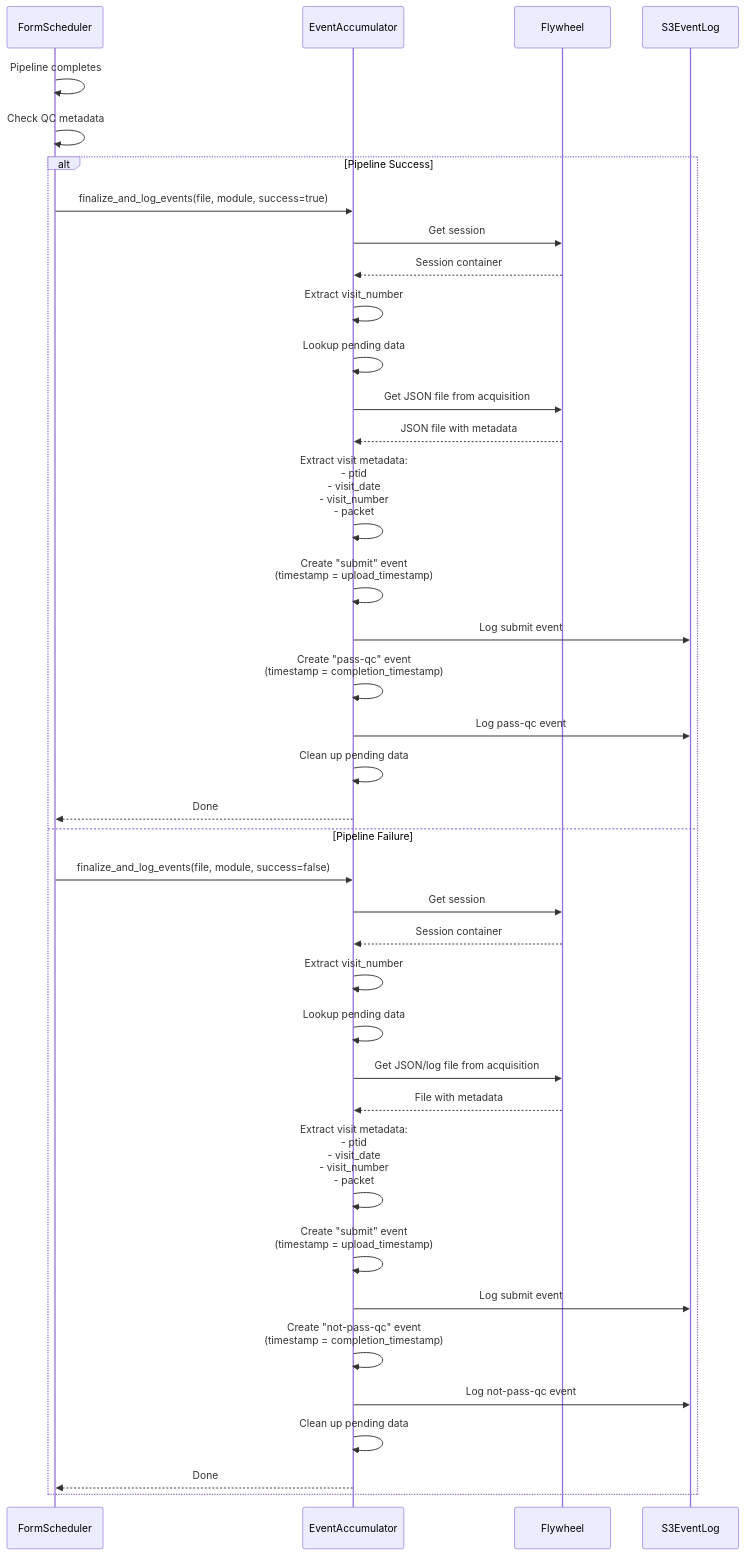
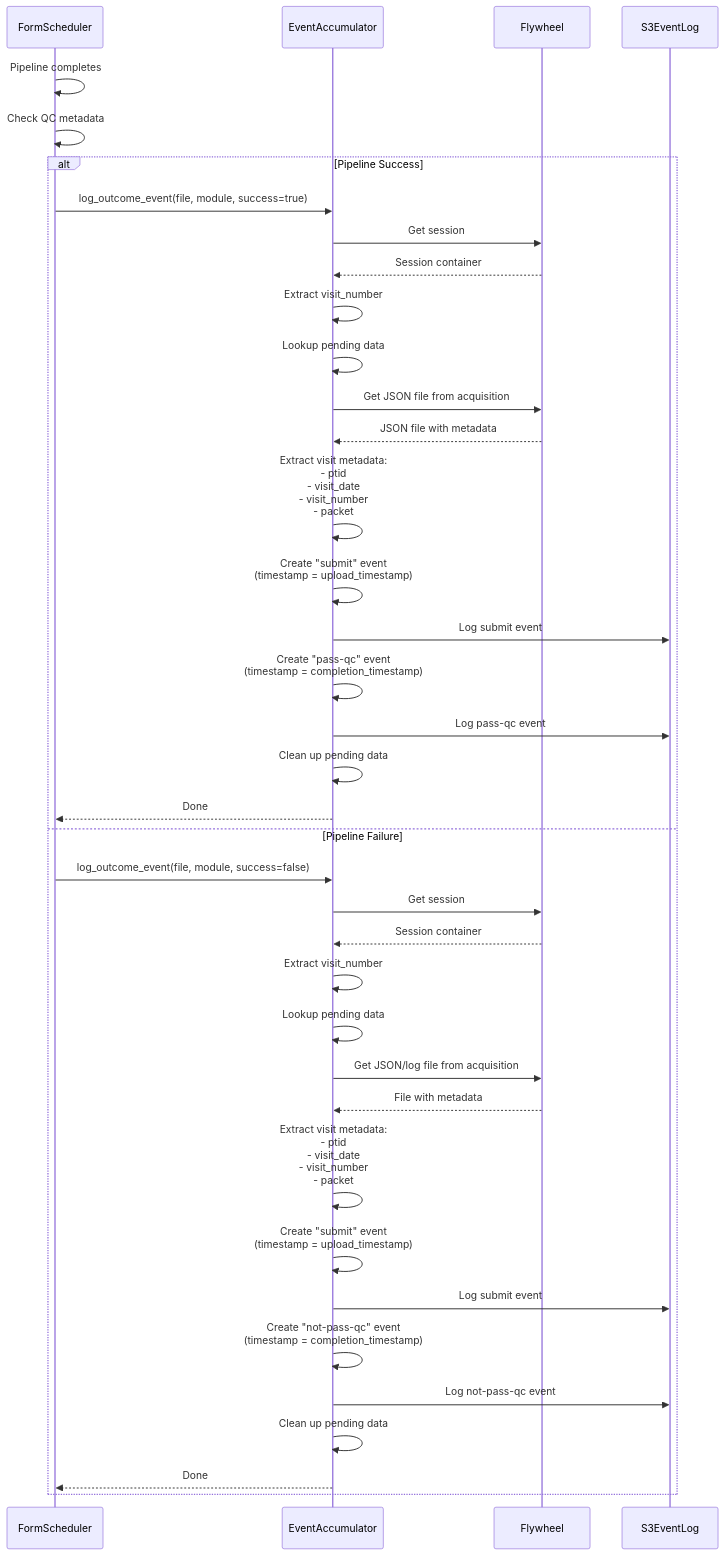
The fourth of 6 diagrams in docs/form_scheduler/event-logging.md (naccdata/flywheel-gear-extensions), drawn with Mermaid before and after one commit. The commit also changed other lines of this file, not shown here.

Commit message:
update event logging documentation

````diff
--- a/docs/form_scheduler/event-logging.md
+++ b/docs/form_scheduler/event-logging.md
@@ -204,57 +222,57 @@
 ```mermaid
 sequenceDiagram
     participant FormScheduler
     participant EventAccumulator
     participant Flywheel
     participant S3EventLog
     
     FormScheduler->>FormScheduler: Pipeline completes
     FormScheduler->>FormScheduler: Check QC metadata
     
     alt Pipeline Success
-        FormScheduler->>EventAccumulator: finalize_and_log_events(file, module, success=true)
+        FormScheduler->>EventAccumulator: log_outcome_event(file, module, success=true)
         
         EventAccumulator->>Flywheel: Get session
         Flywheel-->>EventAccumulator: Session container
         
         EventAccumulator->>EventAccumulator: Extract visit_number
         EventAccumulator->>EventAccumulator: Lookup pending data
         
         EventAccumulator->>Flywheel: Get JSON file from acquisition
         Flywheel-->>EventAccumulator: JSON file with metadata
         
         EventAccumulator->>EventAccumulator: Extract visit metadata:<br/>- ptid<br/>- visit_date<br/>- visit_number<br/>- packet
         
         EventAccumulator->>EventAccumulator: Create "submit" event<br/>(timestamp = upload_timestamp)
         EventAccumulator->>S3EventLog: Log submit event
         
         EventAccumulator->>EventAccumulator: Create "pass-qc" event<br/>(timestamp = completion_timestamp)
         EventAccumulator->>S3EventLog: Log pass-qc event
         
         EventAccumulator->>EventAccumulator: Clean up pending data
         EventAccumulator-->>FormScheduler: Done
         
     else Pipeline Failure
-        FormScheduler->>EventAccumulator: finalize_and_log_events(file, module, success=false)
+        FormScheduler->>EventAccumulator: log_outcome_event(file, module, success=false)
         
         EventAccumulator->>Flywheel: Get session
         Flywheel-->>EventAccumulator: Session container
         
         EventAccumulator->>EventAccumulator: Extract visit_number
         EventAccumulator->>EventAccumulator: Lookup pending data
         
         EventAccumulator->>Flywheel: Get JSON/log file from acquisition
         Flywheel-->>EventAccumulator: File with metadata
         
         EventAccumulator->>EventAccumulator: Extract visit metadata:<br/>- ptid<br/>- visit_date<br/>- visit_number<br/>- packet
         
         EventAccumulator->>EventAccumulator: Create "submit" event<br/>(timestamp = upload_timestamp)
         EventAccumulator->>S3EventLog: Log submit event
         
         EventAccumulator->>EventAccumulator: Create "not-pass-qc" event<br/>(timestamp = completion_timestamp)
         EventAccumulator->>S3EventLog: Log not-pass-qc event
         
         EventAccumulator->>EventAccumulator: Clean up pending data
         EventAccumulator-->>FormScheduler: Done
     end
 ```
````
